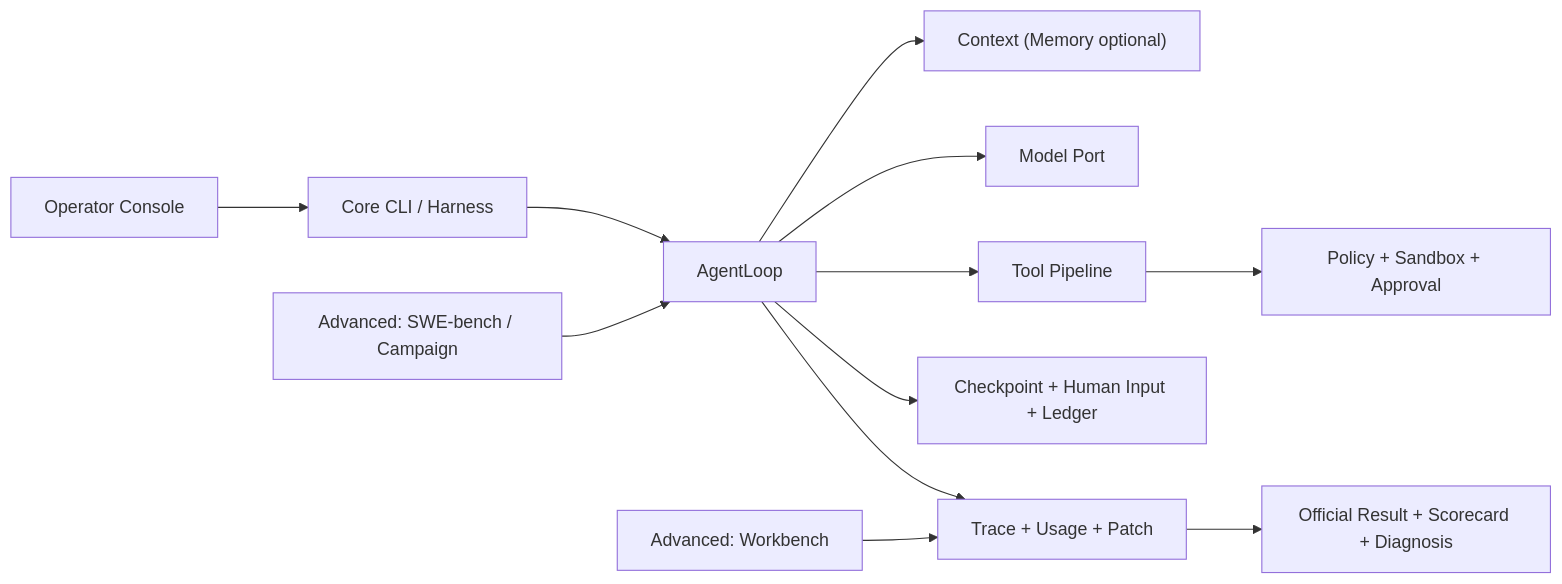
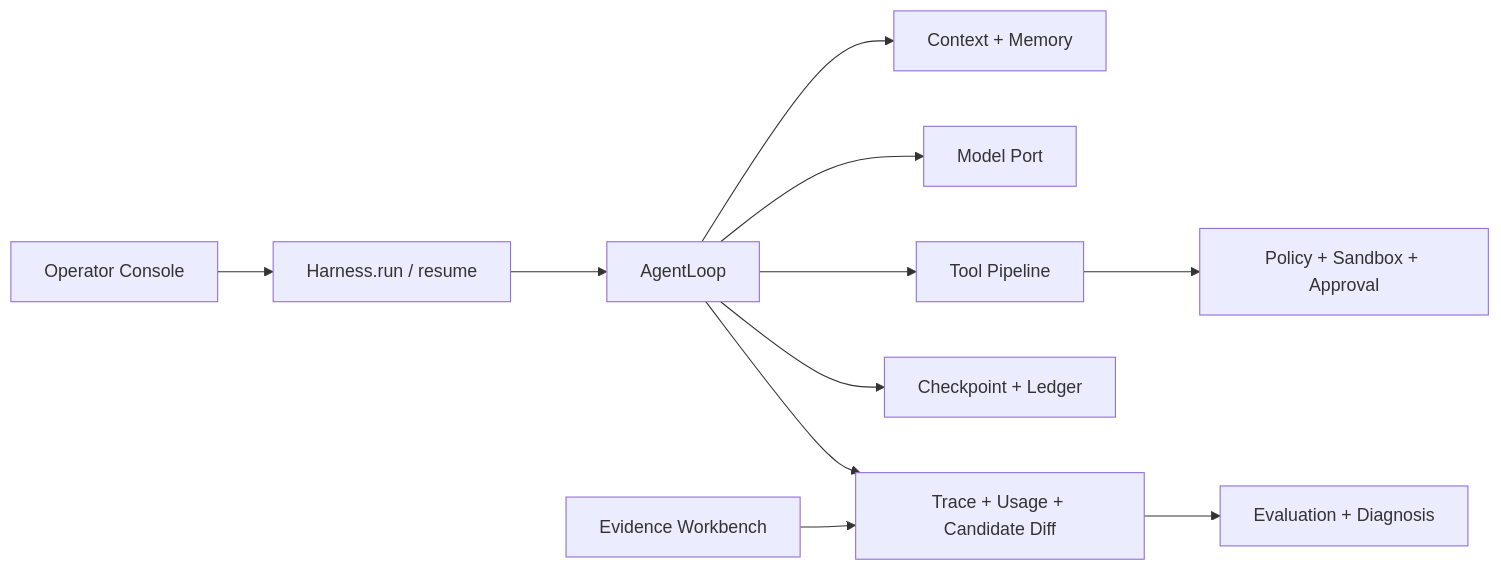
One commit to semi-hollow/NanoHarness changed the diagram in README.md. Above: the diagram before and after it, drawn with Mermaid. The commit also changed other lines of this file and 34 other files, not shown here.

Commit message:
feat: unify runtime evidence and memory controls

````diff
--- a/README.md
+++ b/README.md
@@ -191,14 +83,13 @@
 ```mermaid
 flowchart LR
-    Console["Operator Console"] --> Entry["Core CLI / Harness"]
-    Entry --> Loop["AgentLoop"]
-    Bench["Advanced: SWE-bench / Campaign"] --> Loop
-    Loop --> Context["Context (Memory optional)"]
+    UI["Operator Console"] --> API["Harness.run / resume"]
+    API --> Loop["AgentLoop"]
+    Loop --> Context["Context + Memory"]
     Loop --> Model["Model Port"]
     Loop --> Tools["Tool Pipeline"]
-    Tools --> Safety["Policy + Sandbox + Approval"]
-    Loop --> State["Checkpoint + Human Input + Ledger"]
-    Loop --> Evidence["Trace + Usage + Patch"]
-    Evidence --> Eval["Official Result + Scorecard + Diagnosis"]
-    UI["Advanced: Workbench"] --> Evidence
+    Tools --> Guard["Policy + Sandbox + Approval"]
+    Loop --> State["Checkpoint + Ledger"]
+    Loop --> Evidence["Trace + Usage + Candidate Diff"]
+    Evidence --> Eval["Evaluation + Diagnosis"]
+    Workbench["Evidence Workbench"] --> Evidence
 ```
````
